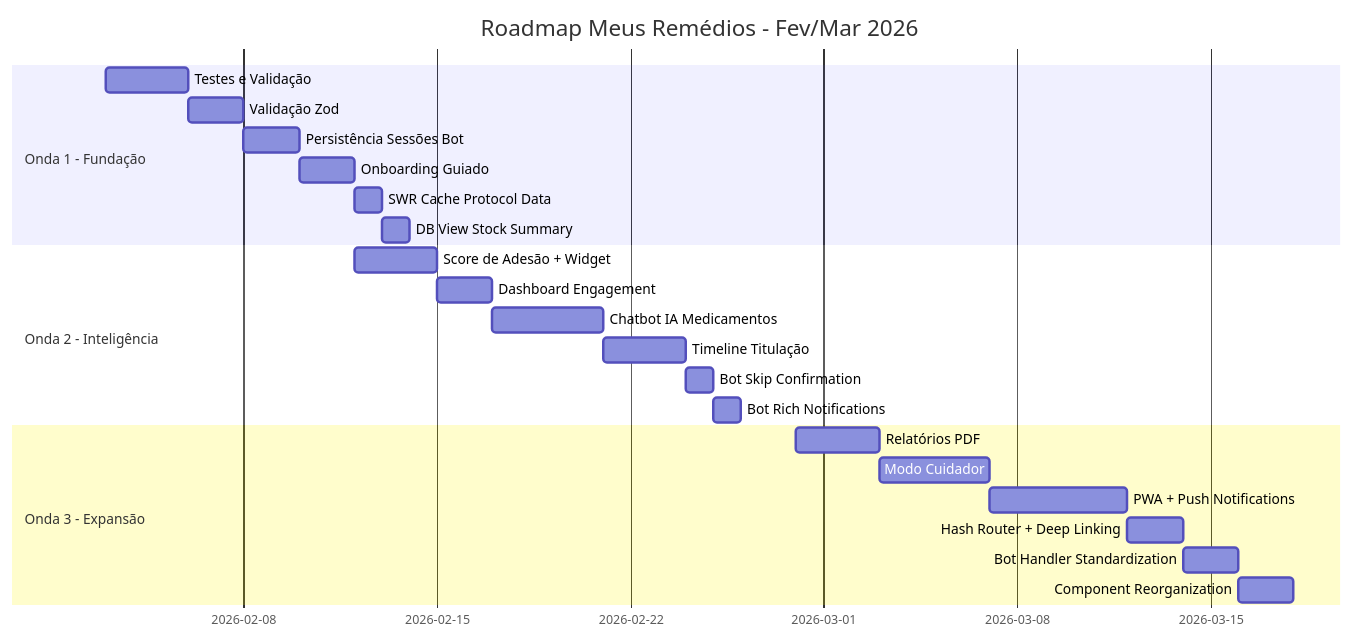
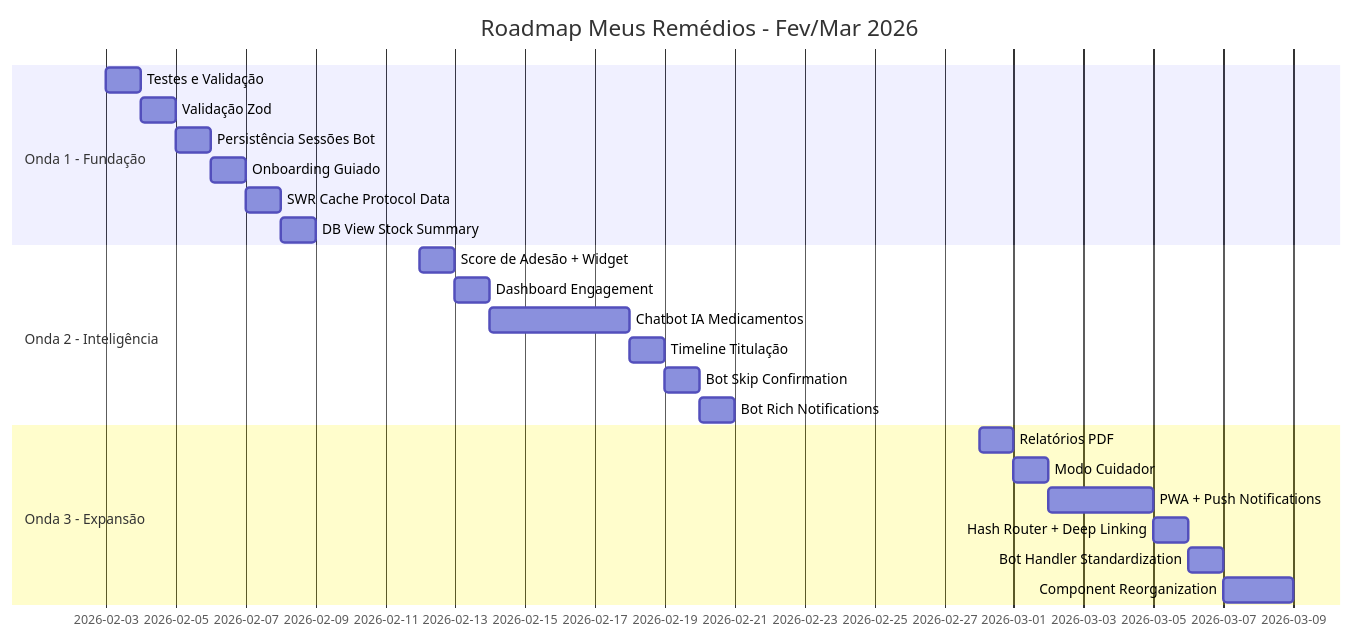
Before and after one commit to coelhotv/dosiq: the second of 2 diagrams in plans/ROADMAP_CONSOLIDADO_FINAL.md, drawn with Mermaid. The commit also changed other lines of this file and 1 other file, not shown here.

Commit message:
doc: roadmap e prd atualizados com v2.3.0

````diff
--- a/plans/ROADMAP_CONSOLIDADO_FINAL.md
+++ b/plans/ROADMAP_CONSOLIDADO_FINAL.md
@@ -194,29 +223,29 @@
 ```mermaid
 gantt
     title Roadmap Meus Remédios - Fev/Mar 2026
     dateFormat  YYYY-MM-DD
     
     section Onda 1 - Fundação
-    Testes e Validação           :a1, 2026-02-03, 3d
-    Validação Zod                :a2, after a1, 2d
-    Persistência Sessões Bot     :a3, after a2, 2d
-    Onboarding Guiado            :a4, after a3, 2d
+    Testes e Validação           :a1, 2026-02-03, 1d
+    Validação Zod                :a2, after a1, 1d
+    Persistência Sessões Bot     :a3, after a2, 1d
+    Onboarding Guiado            :a4, after a3, 1d
     SWR Cache Protocol Data      :a5, after a4, 1d
     DB View Stock Summary        :a6, after a5, 1d
     
     section Onda 2 - Inteligência
-    Score de Adesão + Widget     :b1, 2026-02-12, 3d
-    Dashboard Engagement         :b2, after b1, 2d
+    Score de Adesão + Widget     :b1, 2026-02-12, 1d
+    Dashboard Engagement         :b2, after b1, 1d
     Chatbot IA Medicamentos      :b3, after b2, 4d
-    Timeline Titulação           :b4, after b3, 3d
+    Timeline Titulação           :b4, after b3, 1d
     Bot Skip Confirmation        :b5, after b4, 1d
     Bot Rich Notifications       :b6, after b5, 1d
     
     section Onda 3 - Expansão
-    Relatórios PDF               :c1, 2026-02-28, 3d
-    Modo Cuidador                :c2, after c1, 4d
-    PWA + Push Notifications     :c3, after c2, 5d
-    Hash Router + Deep Linking   :c4, after c3, 2d
-    Bot Handler Standardization  :c5, after c4, 2d
+    Relatórios PDF               :c1, 2026-02-28, 1d
+    Modo Cuidador                :c2, after c1, 1d
+    PWA + Push Notifications     :c3, after c2, 3d
+    Hash Router + Deep Linking   :c4, after c3, 1d
+    Bot Handler Standardization  :c5, after c4, 1d
     Component Reorganization     :c6, after c5, 2d
 ```
````
